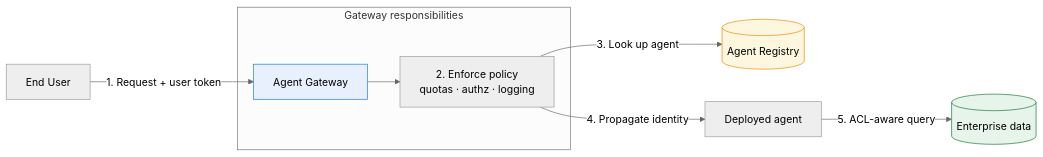
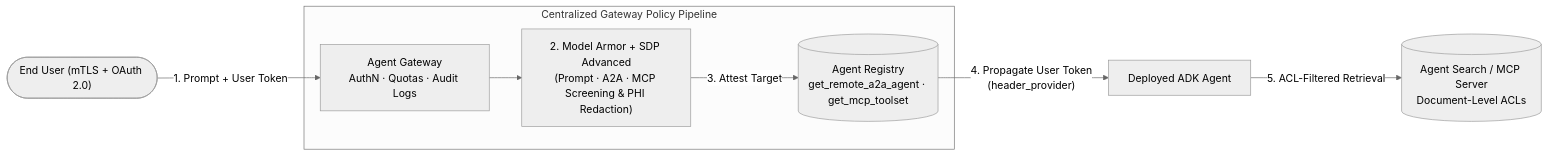
The diagram in tracks/05_secure_and_govern/lab_18_governance_gateway_registry/README.md (cmanikandan/gcp-certification-professional-agentic-architect), drawn with Mermaid (neutral theme) before and after one commit. The commit also changed other lines of this file and 78 other files, not shown here.

````diff
--- a/tracks/05_secure_and_govern/lab_18_governance_gateway_registry/README.md
+++ b/tracks/05_secure_and_govern/lab_18_governance_gateway_registry/README.md
@@ -27,16 +32,12 @@
 ```mermaid
-graph LR
-    User["End User"] -->|"1. Request + user token"| Gateway["Agent Gateway"]
+flowchart LR
+    User(["End User (mTLS + OAuth 2.0)"]) -->|"1. Prompt + User Token"| GW["Agent Gateway<br/>AuthN · Quotas · Audit Logs"]
 
-    subgraph GW["Gateway responsibilities"]
-        Gateway --> Policy["2. Enforce policy<br/>quotas · authz · logging"]
+    subgraph PEP["Centralized Gateway Policy Pipeline"]
+        GW --> MA["2. Model Armor + SDP Advanced<br/>(Prompt · A2A · MCP Screening & PHI Redaction)"]
+        MA -->|"3. Attest Target"| Reg[("Agent Registry<br/>get_remote_a2a_agent · get_mcp_toolset")]
     end
 
-    Policy -->|"3. Look up agent"| Registry[("Agent Registry")]
-    Policy -->|"4. Propagate identity"| Agent["Deployed agent"]
-    Agent -->|"5. ACL-aware query"| Data[("Enterprise data")]
-
-    style Gateway fill:#e8f0fe,stroke:#1a73e8
-    style Registry fill:#fef7e0,stroke:#ea8600
-    style Data fill:#e6f4ea,stroke:#137333
+    Reg -->|"4. Propagate User Token<br/>(header_provider)"| Agent["Deployed ADK Agent"]
+    Agent -->|"5. ACL-Filtered Retrieval"| Search[("Agent Search / MCP Server<br/>Document-Level ACLs")]
 ```
````
